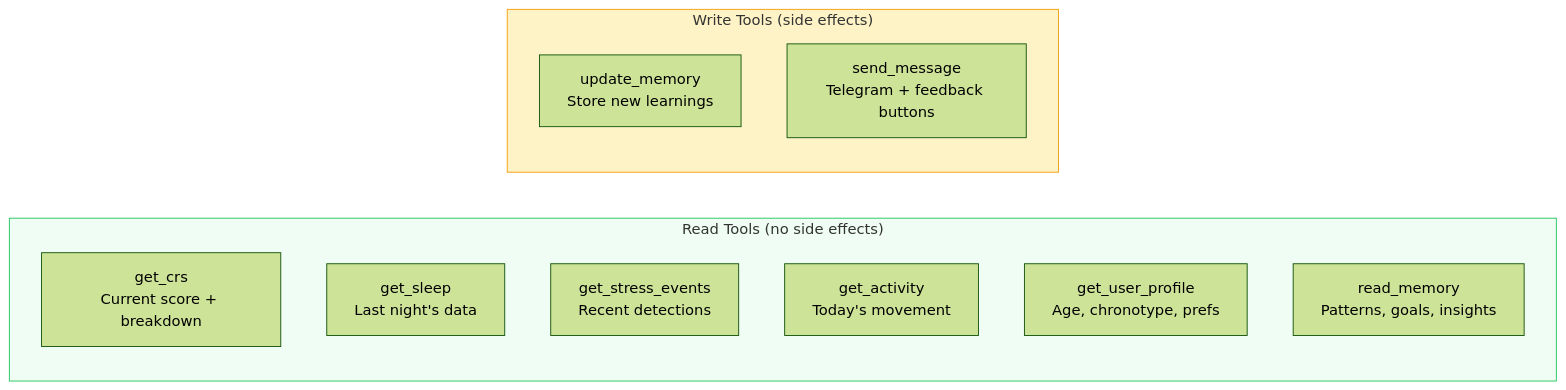
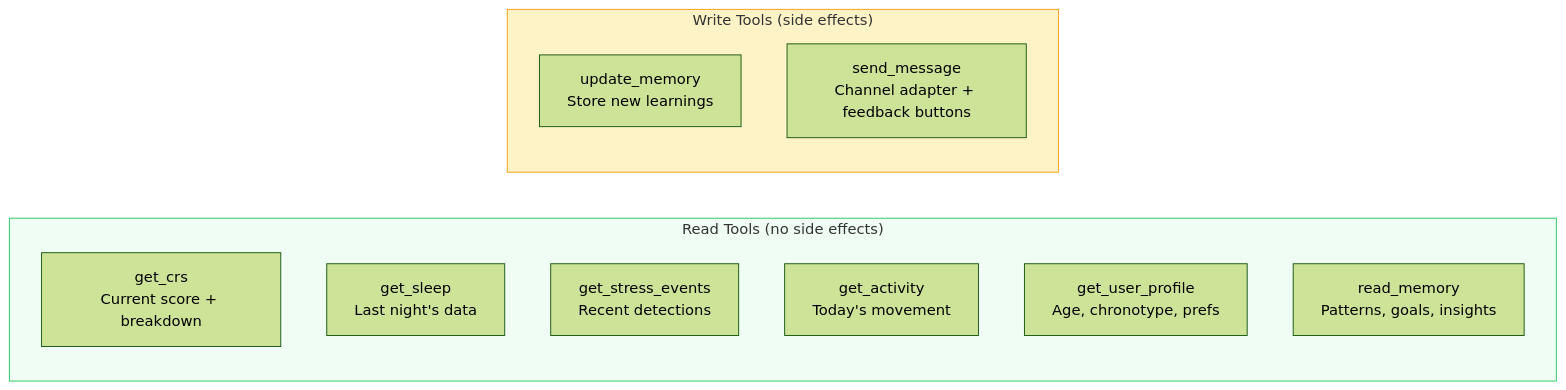
The second of 5 diagrams in docs-site/architecture-glance.md (Pin4sf/Waldo), drawn with Mermaid (forest theme) before and after one commit. The commit also changed other lines of this file and 19 other files, not shown here.

First line of the commit message:
docs: add adapter pattern architecture, competitive analysis, and ecosystem framing

````diff
--- a/docs-site/architecture-glance.md
+++ b/docs-site/architecture-glance.md
@@ -67,19 +67,19 @@
 ```mermaid
 graph LR
     subgraph Read["Read Tools (no side effects)"]
         T1["get_crs<br/>Current score + breakdown"]
         T2["get_sleep<br/>Last night's data"]
         T3["get_stress_events<br/>Recent detections"]
         T4["get_activity<br/>Today's movement"]
         T5["get_user_profile<br/>Age, chronotype, prefs"]
         T6["read_memory<br/>Patterns, goals, insights"]
     end
 
     subgraph Write["Write Tools (side effects)"]
         T7["update_memory<br/>Store new learnings"]
-        T8["send_message<br/>Telegram + feedback buttons"]
+        T8["send_message<br/>Channel adapter + feedback buttons"]
     end
 
     style Read fill:#f0fdf4,stroke:#22c55e
     style Write fill:#fef3c7,stroke:#f59e0b
 ```
````
